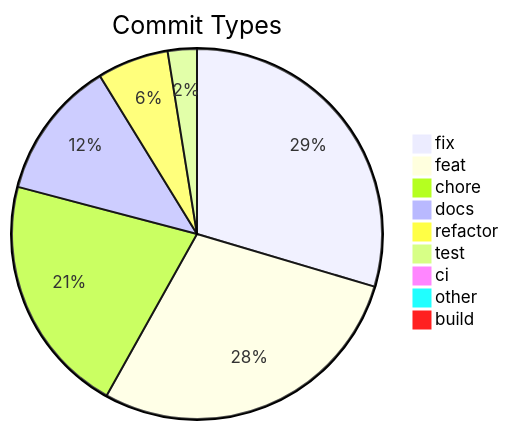
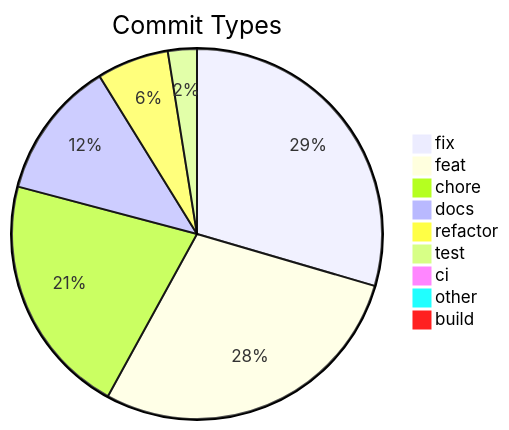
Before and after one commit to svenroth-ai/shipwright: the diagram in .shipwright/compliance/change-history.md, drawn with Mermaid. The commit also changed other lines of this file and 21 other files, not shown here.

````diff
--- a/.shipwright/compliance/change-history.md
+++ b/.shipwright/compliance/change-history.md
@@ -10,12 +10,12 @@
 ```mermaid
 pie title Commit Types
-    "fix" : 361
-    "feat" : 348
-    "chore" : 256
+    "fix" : 362
+    "feat" : 349
+    "chore" : 259
     "docs" : 148
-    "refactor" : 76
+    "refactor" : 77
     "test" : 31
     "ci" : 11
     "other" : 9
     "build" : 1
 ```
````
